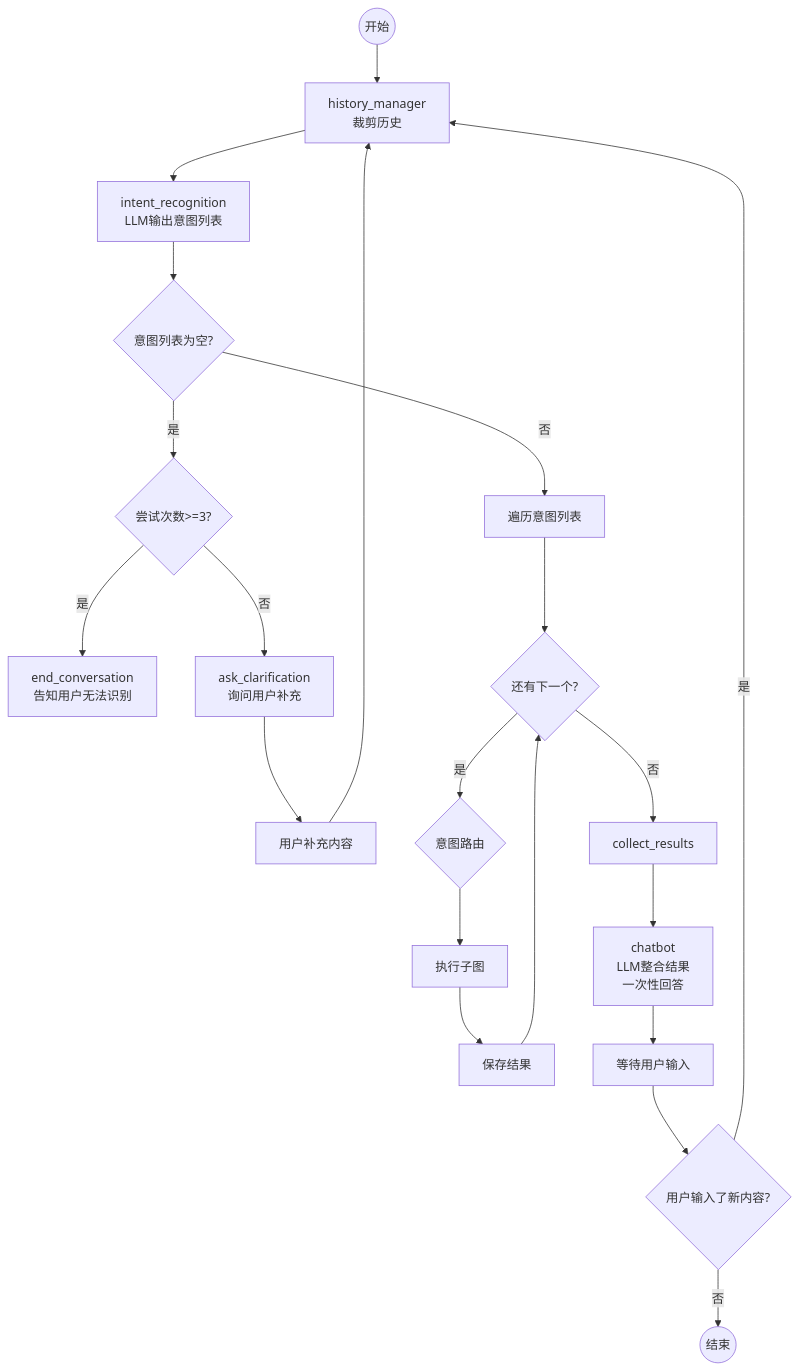
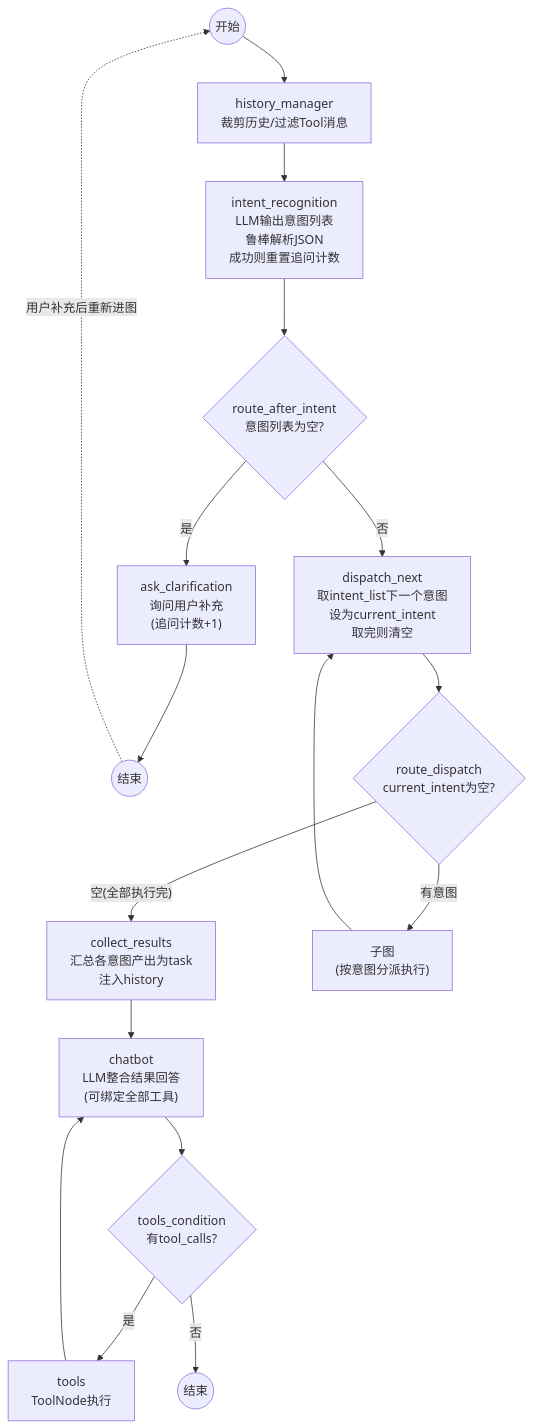
The diagram in langgraph-writer/docs/base_agent_with_intent.mmd (30998772/novelist), drawn with Mermaid before and after one commit. The commit also changed 7 other files, not shown here.

```diff
--- a/langgraph-writer/docs/base_agent_with_intent.mmd
+++ b/langgraph-writer/docs/base_agent_with_intent.mmd
@@ -1,27 +1,21 @@
 graph TB
-    开始((开始)) --> 历史管理["history_manager<br/>裁剪历史"]
-    历史管理 --> 意图识别["intent_recognition<br/>LLM输出意图列表"]
-    意图识别 --> 检查意图{"意图列表为空?"}
-    
-    检查意图 -- "是" --> 检查次数{"尝试次数>=3?"}
-    检查意图 -- "否" --> 遍历["遍历意图列表"]
-    
-    检查次数 -- "是" --> 结束对话["end_conversation<br/>告知用户无法识别"]
-    检查次数 -- "否" --> 追问["ask_clarification<br/>询问用户补充"]
-    
-    追问 --> 用户补充["用户补充内容"]
-    用户补充 --> 历史管理
-    
-    遍历 --> 下一个{"还有下一个?"}
-    下一个 -- "是" --> 路由{"意图路由"}
-    下一个 -- "否" --> 收集["collect_results"]
-    
-    路由 --> 子图["执行子图"]
-    子图 --> 保存["保存结果"]
-    保存 --> 下一个
-    
-    收集 --> 对话["chatbot<br/>LLM整合结果<br/>一次性回答"]
-    对话 --> 等待输入["等待用户输入"]
-    等待输入 --> 检查输入{"用户输入了新内容?"}
-    检查输入 -- "是" --> 历史管理
-    检查输入 -- "否" --> 结束((结束))
+    开始((开始)) --> 历史管理["history_manager<br/>裁剪历史/过滤Tool消息"]
+    历史管理 --> 意图识别["intent_recognition<br/>LLM输出意图列表<br/>鲁棒解析JSON<br/>成功则重置追问计数"]
+    意图识别 --> 检查意图{"route_after_intent<br/>意图列表为空?"}
+
+    检查意图 -- "是" --> 追问["ask_clarification<br/>询问用户补充<br/>(追问计数+1)"]
+    追问 --> 结束1((结束))
+    结束1 -. "用户补充后重新进图" .-> 开始
+
+    检查意图 -- "否" --> 分派["dispatch_next<br/>取intent_list下一个意图<br/>设为current_intent<br/>取完则清空"]
+    分派 --> 路由{"route_dispatch<br/>current_intent为空?"}
+
+    路由 -- "空(全部执行完)" --> 收集["collect_results<br/>汇总各意图产出为task<br/>注入history"]
+    路由 -- "有意图" --> 子图["子图<br/>(按意图分派执行)"]
+    子图 --> 分派
+
+    收集 --> 对话["chatbot<br/>LLM整合结果回答<br/>(可绑定全部工具)"]
+    对话 --> 工具判断{"tools_condition<br/>有tool_calls?"}
+    工具判断 -- "是" --> 工具["tools<br/>ToolNode执行"]
+    工具 --> 对话
+    工具判断 -- "否" --> 结束2((结束))
```
